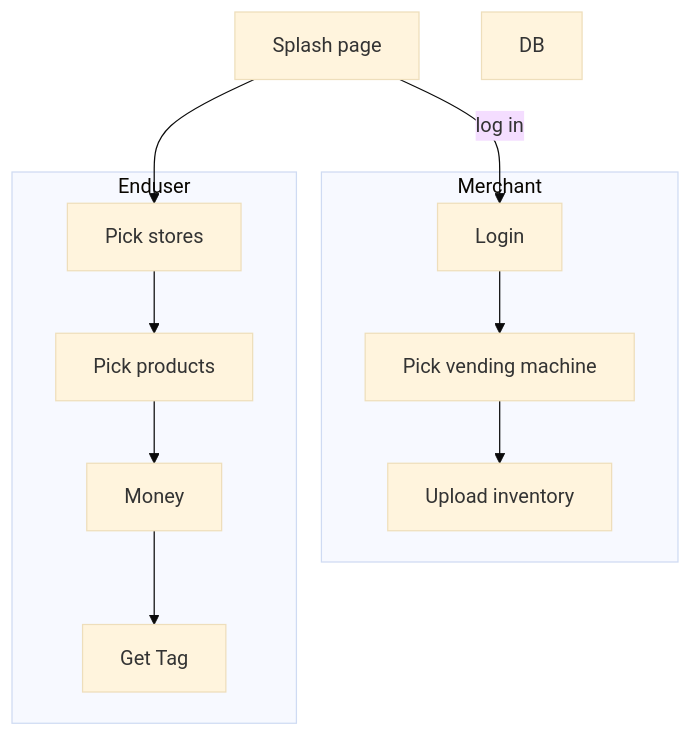
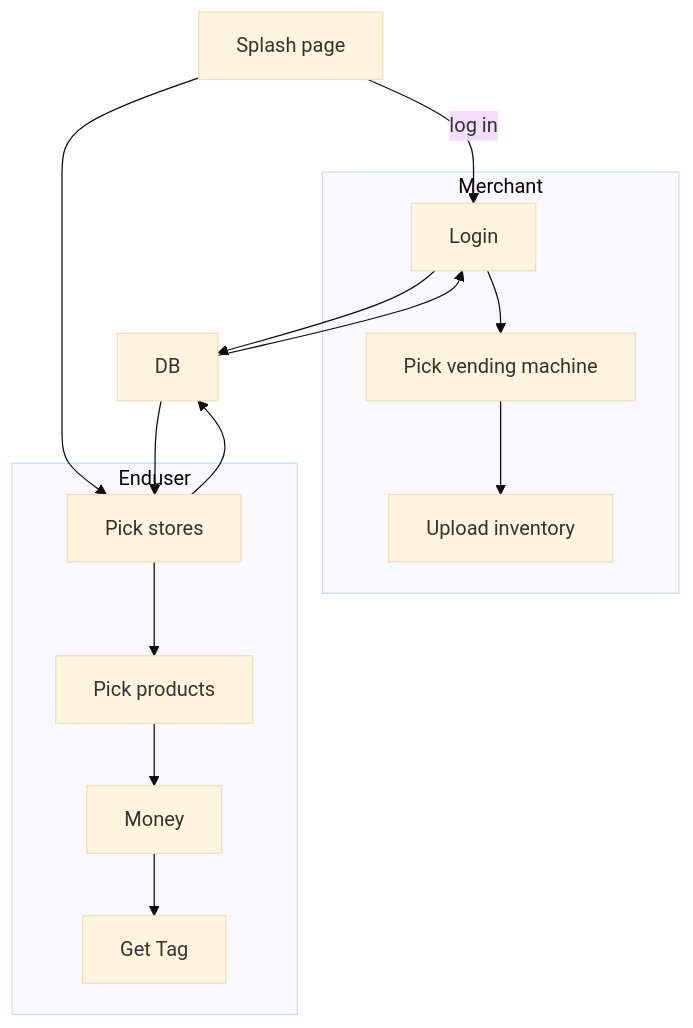
Before and after one commit to mulefish/dispense_version3: the diagram in README.md, drawn with Mermaid (base theme).

Commit message:
Markdownis hard

````diff
--- a/README.md
+++ b/README.md
@@ -7,28 +7,32 @@
 ```mermaid
     flowchart TB
     A[Splash page]
     B[Login]
-    C[DB]
+    DB[DB]
     D[Pick stores]
     E[Pick products]
     F[Money]
     G[Get Tag]
     H[Pick vending machine]
     I[Upload inventory]
 
 
     A-- log in -->B
     subgraph Merchant
         B-->H
         H-->I
     end
     
     A-->D
     subgraph Enduser
         D-->E
         E-->F
         F-->G
     end
+    D-->DB
+    DB-->D
 
+    B-->DB
+    DB-->B
 
 ```
````
